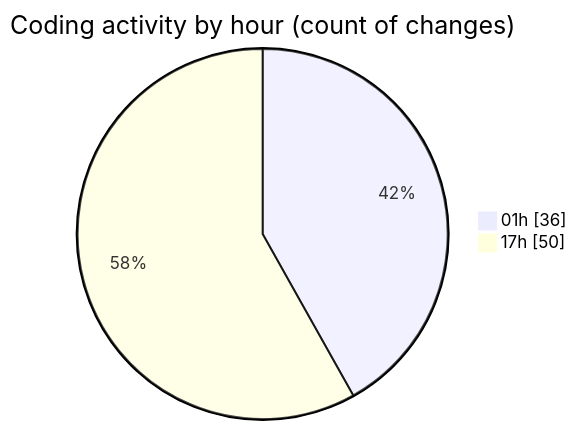
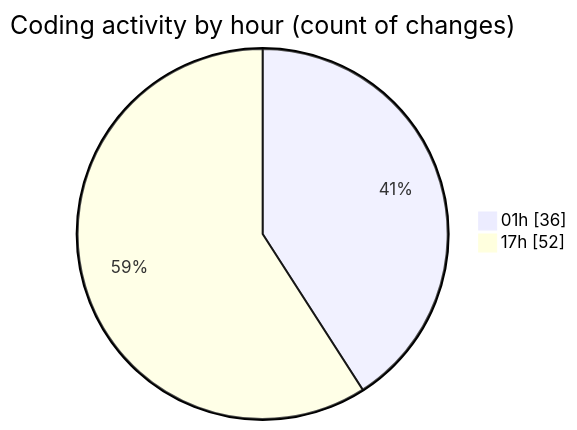
One commit to lephambinh05/code-tracking changed the second of 2 diagrams in 2025-07-29/appproject/README.md. Above: the diagram before and after it, drawn with Mermaid. The commit also changed other lines of this file and 1 other file, not shown here.

````diff
--- a/2025-07-29/appproject/README.md
+++ b/2025-07-29/appproject/README.md
@@ -72,6 +72,6 @@
 ```mermaid
 pie showData
 title Coding activity by hour (count of changes)
 "01h" : 36
-"17h" : 50
+"17h" : 52
 ```
````
